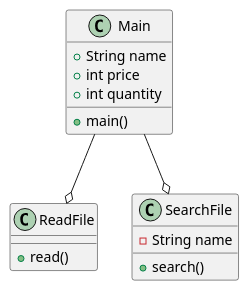
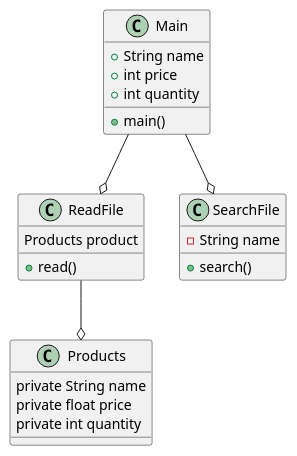
The diagram in exercise44/docs/ProductSearch.puml (J-Caques/caques-a04), drawn with PlantUML before and after one commit. The commit also changed 11 other files, not shown here.

```diff
--- a/exercise44/docs/ProductSearch.puml
+++ b/exercise44/docs/ProductSearch.puml
@@ -1,21 +1,30 @@
 @startuml
 'https://plantuml.com/class-diagram
 class Main{
     +String name
     +int price
     +int quantity
 
     +main()
 }
 
 class ReadFile{
+    Products product
     +read()
 }
 
 class SearchFile{
     -String name
     +search()
 }
+
+class Products{
+private String name
+private float price
+private int quantity
+}
+
 Main --o ReadFile
 Main --o SearchFile
+ReadFile --o Products
 @enduml
```
